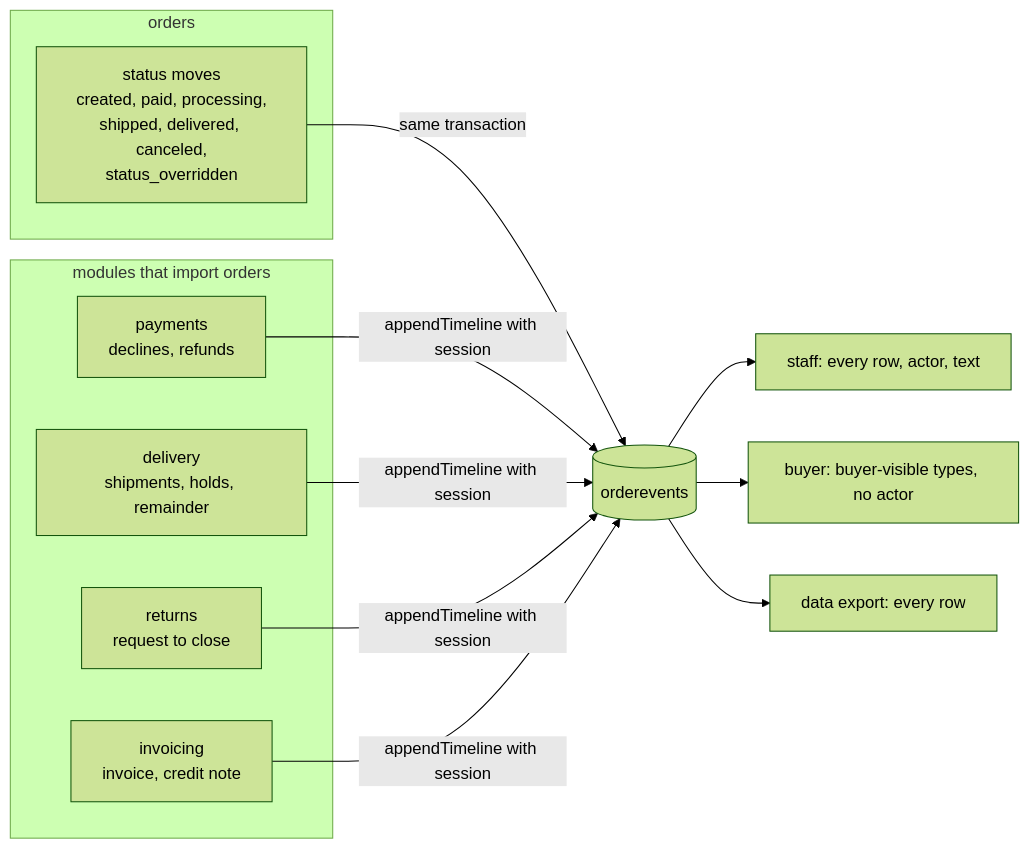
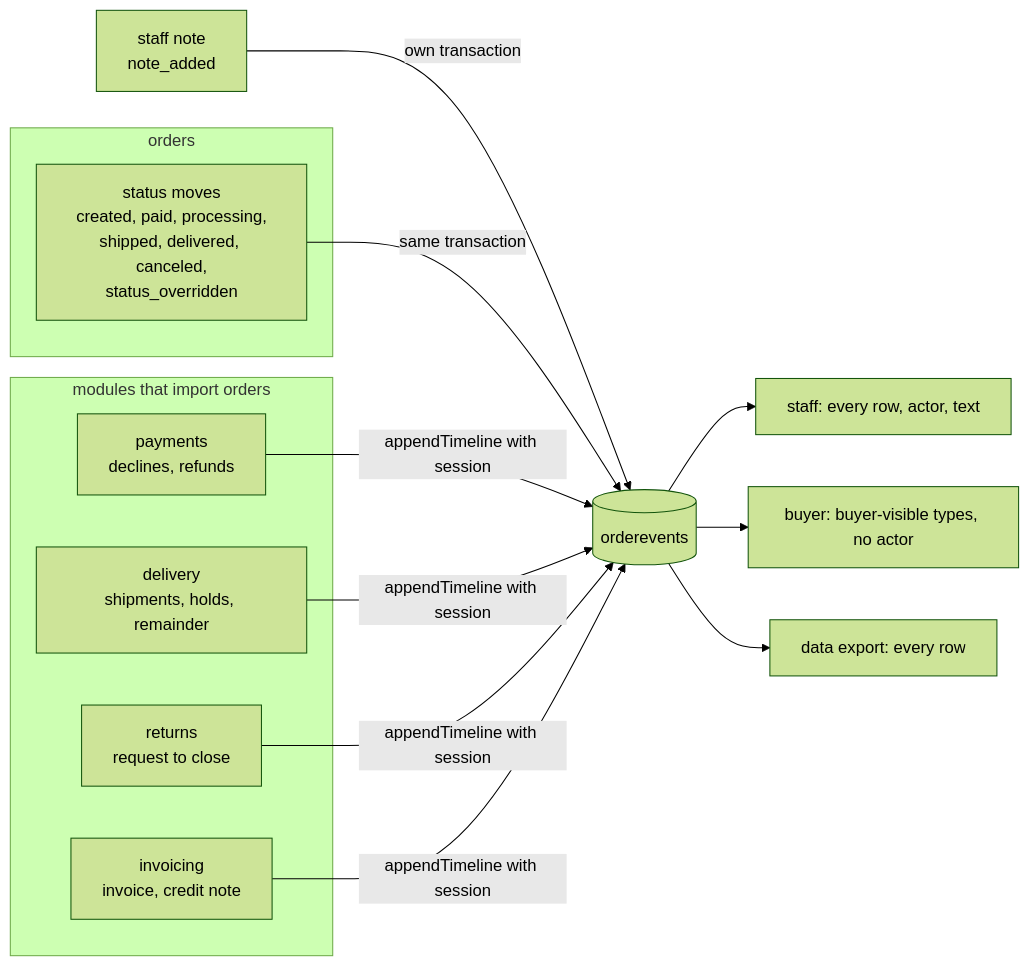
One commit to Guebbit/boilerplate-node-backend changed the fifth of 9 diagrams in docs/modules/orders.md. Above: the diagram before and after it, drawn with Mermaid (forest theme). The commit also changed other lines of this file and 26 other files, not shown here.

````diff
--- a/docs/modules/orders.md
+++ b/docs/modules/orders.md
@@ -435,20 +435,21 @@
 ```mermaid
 flowchart LR
     subgraph orders
         M[status moves<br/>created, paid, processing,<br/>shipped, delivered, canceled,<br/>status_overridden]
     end
     subgraph siblings["modules that import orders"]
         P[payments<br/>declines, refunds]
         D[delivery<br/>shipments, holds, remainder]
         R[returns<br/>request to close]
         I[invoicing<br/>invoice, credit note]
     end
+    N[staff note<br/>note_added] -- own transaction --> E
     M -- same transaction --> E[(orderevents)]
     P -- appendTimeline with session --> E
     D -- appendTimeline with session --> E
     R -- appendTimeline with session --> E
     I -- appendTimeline with session --> E
     E --> S[staff: every row, actor, text]
     E --> B[buyer: buyer-visible types, no actor]
     E --> X[data export: every row]
 ```
````
